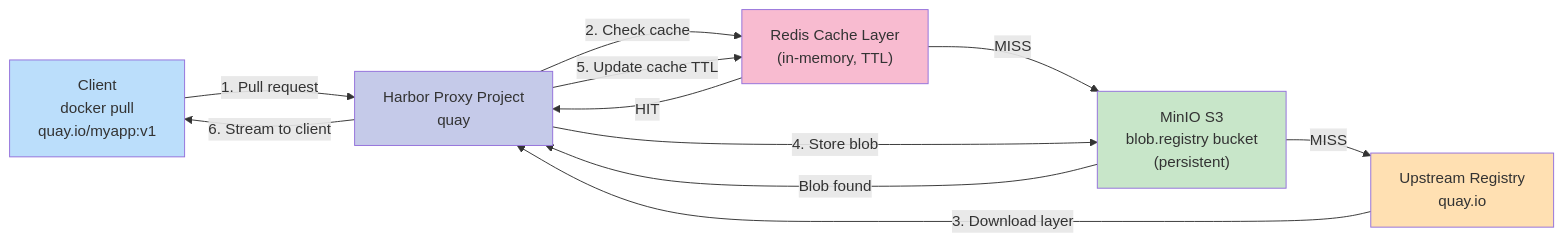
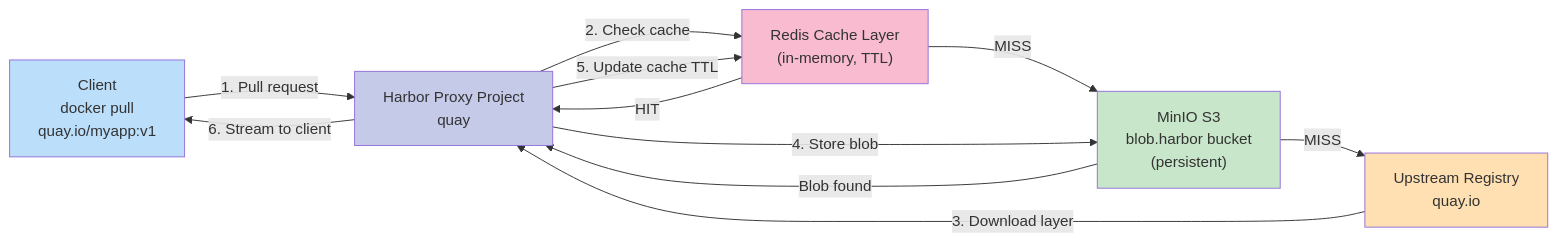
The second of 2 diagrams in services/harbor/README.md (derhornspieler/harvester-rke2-platform), drawn with Mermaid before and after one commit. The commit also changed other lines of this file and 50 other files, not shown here.

````diff
--- a/services/harbor/README.md
+++ b/services/harbor/README.md
@@ -141,25 +141,25 @@
 ```mermaid
 graph LR
     Client["Client<br/>docker pull<br/>quay.io/myapp:v1"]
     Harbor["Harbor Proxy Project<br/>quay"]
     Cache["Redis Cache Layer<br/>(in-memory, TTL)"]
-    MinIO["MinIO S3<br/>blob.registry bucket<br/>(persistent)"]
+    MinIO["MinIO S3<br/>blob.harbor bucket<br/>(persistent)"]
     Upstream["Upstream Registry<br/>quay.io"]
 
     Client -->|1. Pull request| Harbor
     Harbor -->|2. Check cache| Cache
     Cache -->|HIT| Harbor
     Cache -->|MISS| MinIO
     MinIO -->|Blob found| Harbor
     MinIO -->|MISS| Upstream
     Upstream -->|3. Download layer| Harbor
     Harbor -->|4. Store blob| MinIO
     Harbor -->|5. Update cache TTL| Cache
     Harbor -->|6. Stream to client| Client
 
     style Client fill:#bbdefb
     style Harbor fill:#c5cae9
     style Cache fill:#f8bbd0
     style MinIO fill:#c8e6c9
     style Upstream fill:#ffe0b2
 ```
````
